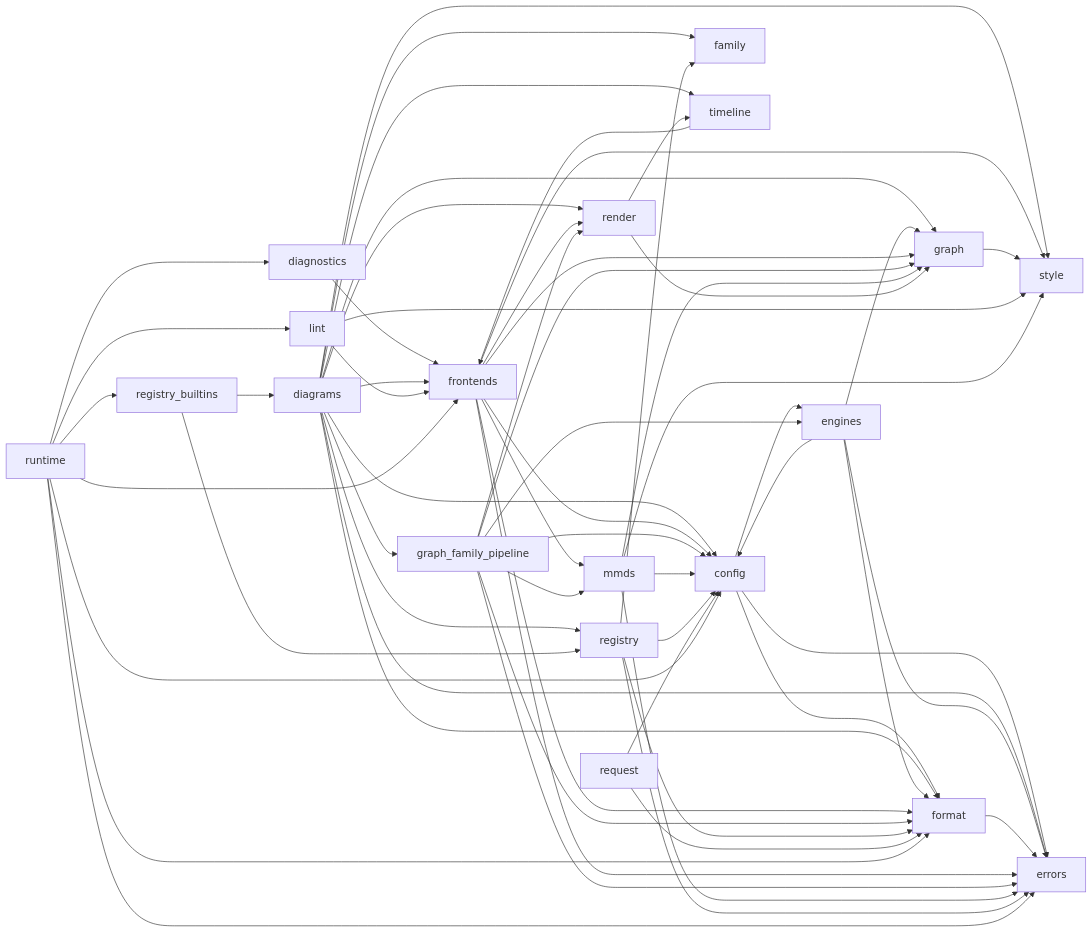
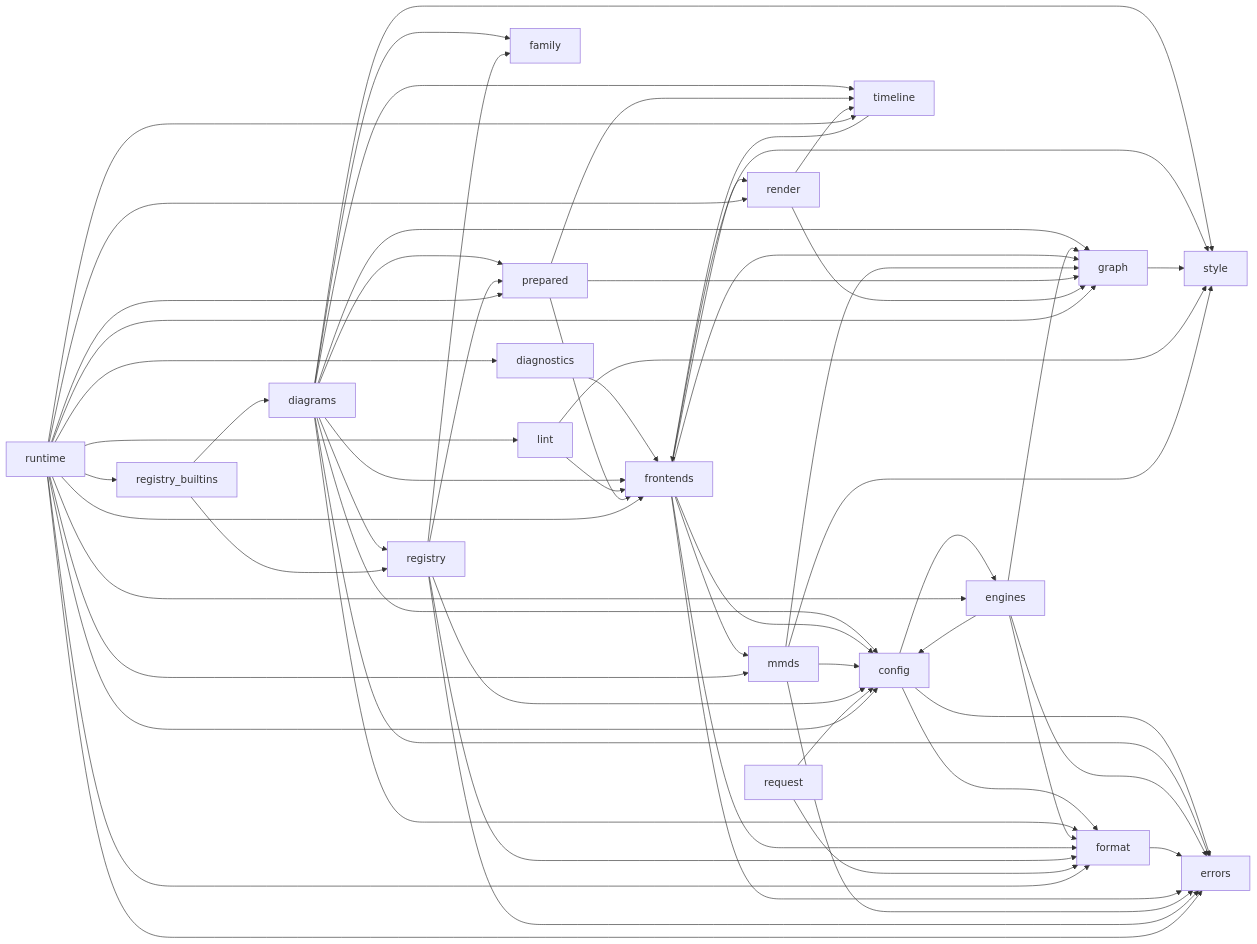
Before and after one commit to kevinswiber/mmdflux: the diagram in docs/architecture/module-dependency-map.mmd, drawn with Mermaid. The commit also changed 23 other files, not shown here.

```diff
--- a/docs/architecture/module-dependency-map.mmd
+++ b/docs/architecture/module-dependency-map.mmd
@@ -1,82 +1,84 @@
 %% Generated by scripts/generate-rust-module-deps.py
 %% crate-root: src/lib.rs
 %% max-depth: 1
 flowchart LR
     mod_config["config"]
     mod_diagnostics["diagnostics"]
     mod_diagrams["diagrams"]
     mod_engines["engines"]
     mod_errors["errors"]
     mod_family["family"]
     mod_format["format"]
     mod_frontends["frontends"]
     mod_graph["graph"]
-    mod_graph_family_pipeline["graph_family_pipeline"]
     mod_lint["lint"]
     mod_mmds["mmds"]
+    mod_prepared["prepared"]
     mod_registry["registry"]
     mod_registry_builtins["registry_builtins"]
     mod_render["render"]
     mod_request["request"]
     mod_runtime["runtime"]
     mod_style["style"]
     mod_timeline["timeline"]
     mod_config --> mod_engines
     mod_config --> mod_errors
     mod_config --> mod_format
     mod_diagnostics --> mod_frontends
     mod_diagrams --> mod_config
     mod_diagrams --> mod_errors
     mod_diagrams --> mod_family
     mod_diagrams --> mod_format
     mod_diagrams --> mod_frontends
     mod_diagrams --> mod_graph
-    mod_diagrams --> mod_graph_family_pipeline
+    mod_diagrams --> mod_prepared
     mod_diagrams --> mod_registry
-    mod_diagrams --> mod_render
     mod_diagrams --> mod_style
     mod_diagrams --> mod_timeline
     mod_engines --> mod_config
     mod_engines --> mod_errors
     mod_engines --> mod_format
     mod_engines --> mod_graph
     mod_format --> mod_errors
     mod_frontends --> mod_config
     mod_frontends --> mod_errors
     mod_frontends --> mod_format
     mod_frontends --> mod_graph
     mod_frontends --> mod_mmds
     mod_frontends --> mod_render
     mod_frontends --> mod_style
     mod_graph --> mod_style
-    mod_graph_family_pipeline --> mod_config
-    mod_graph_family_pipeline --> mod_engines
-    mod_graph_family_pipeline --> mod_errors
-    mod_graph_family_pipeline --> mod_format
-    mod_graph_family_pipeline --> mod_graph
-    mod_graph_family_pipeline --> mod_mmds
-    mod_graph_family_pipeline --> mod_render
     mod_lint --> mod_frontends
     mod_lint --> mod_style
     mod_mmds --> mod_config
     mod_mmds --> mod_errors
     mod_mmds --> mod_graph
     mod_mmds --> mod_style
+    mod_prepared --> mod_frontends
+    mod_prepared --> mod_graph
+    mod_prepared --> mod_timeline
     mod_registry --> mod_config
     mod_registry --> mod_errors
     mod_registry --> mod_family
     mod_registry --> mod_format
+    mod_registry --> mod_prepared
     mod_registry_builtins --> mod_diagrams
     mod_registry_builtins --> mod_registry
     mod_render --> mod_graph
     mod_render --> mod_timeline
     mod_request --> mod_config
     mod_request --> mod_format
     mod_runtime --> mod_config
     mod_runtime --> mod_diagnostics
+    mod_runtime --> mod_engines
     mod_runtime --> mod_errors
     mod_runtime --> mod_format
     mod_runtime --> mod_frontends
+    mod_runtime --> mod_graph
     mod_runtime --> mod_lint
+    mod_runtime --> mod_mmds
+    mod_runtime --> mod_prepared
     mod_runtime --> mod_registry_builtins
+    mod_runtime --> mod_render
+    mod_runtime --> mod_timeline
     mod_timeline --> mod_frontends
```
